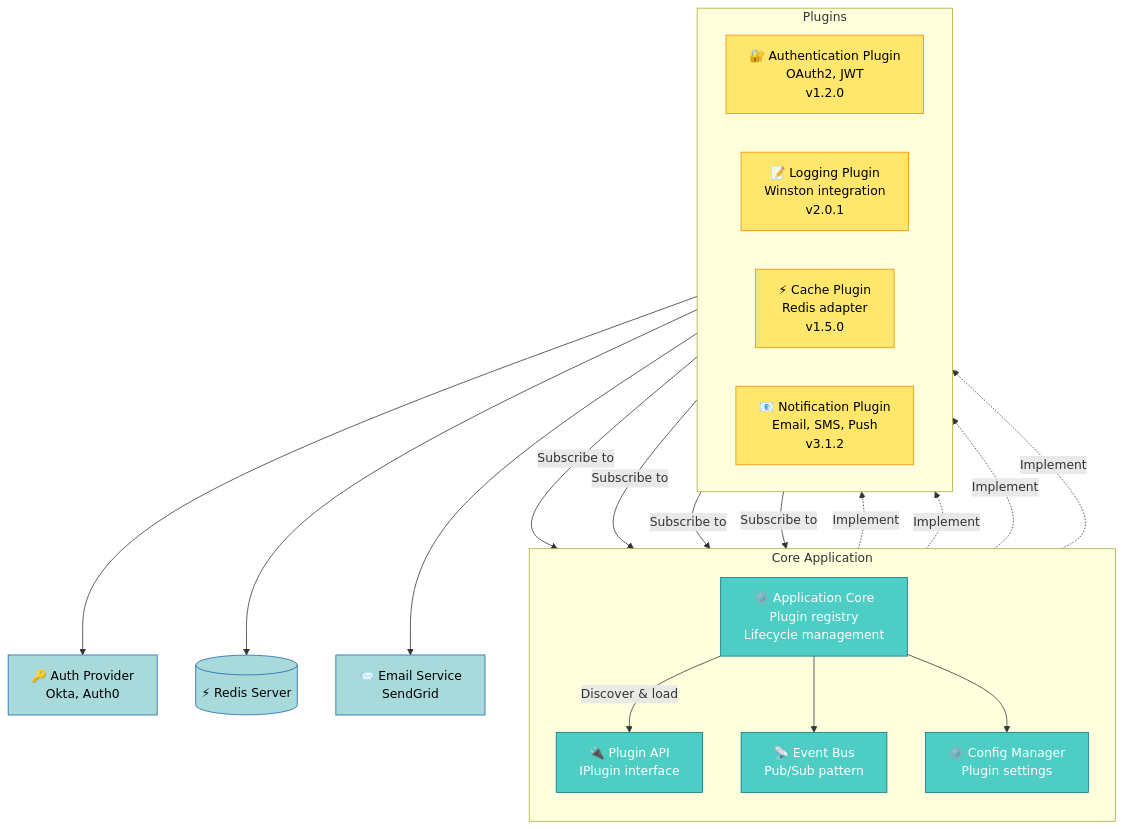
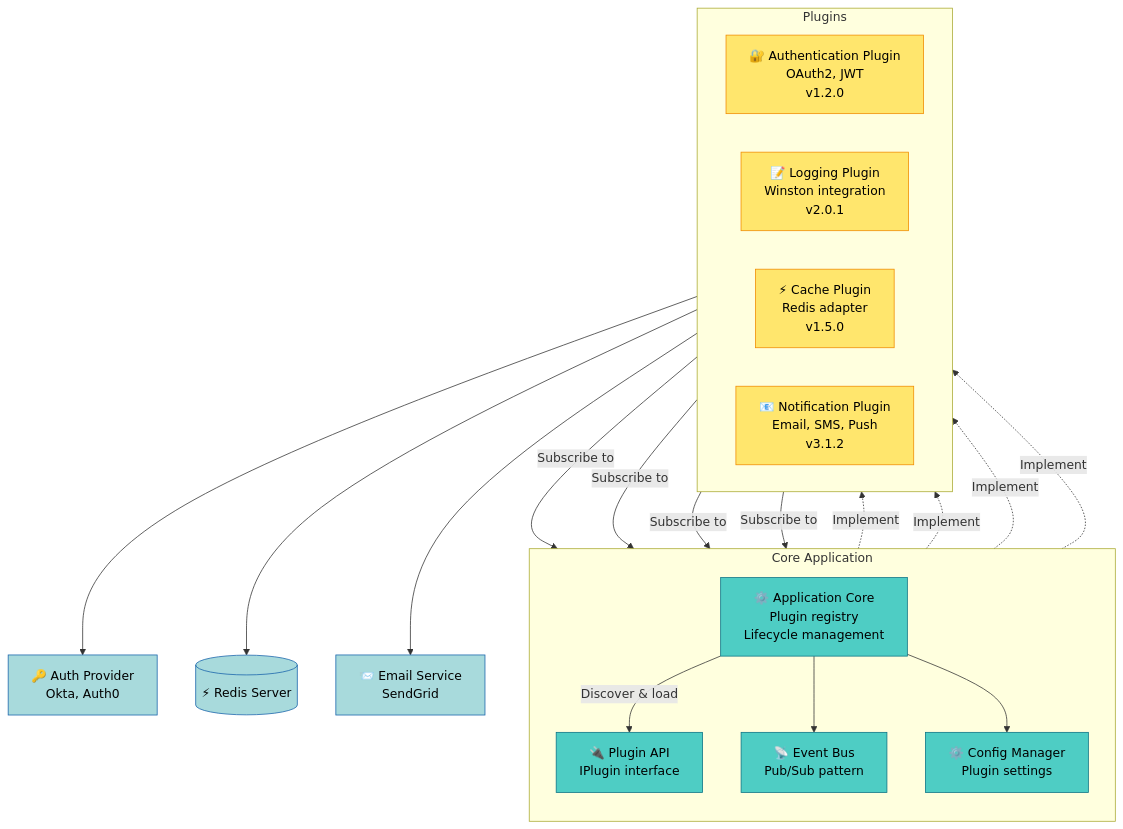
One commit to wienans/example-repo changed the fourth of 15 diagrams in .agents/skills/mermaid-architect/references/guides/diagrams/architecture-diagrams.md. Above: the diagram before and after it, drawn with Mermaid. The commit also changed other lines of this file and 58 other files, not shown here.

First line of the commit message:
feat(skills): merge mastery-of-mermaid into mermaid-architect

````diff
--- a/.agents/skills/mermaid-architect/references/guides/diagrams/architecture-diagrams.md
+++ b/.agents/skills/mermaid-architect/references/guides/diagrams/architecture-diagrams.md
@@ -304,48 +304,48 @@
 ```mermaid
 graph TB
     subgraph "Core Application"
         direction TB
         AppCore[⚙️ Application Core<br/>Plugin registry<br/>Lifecycle management]
         PluginAPI[🔌 Plugin API<br/>IPlugin interface]
         EventBus[📡 Event Bus<br/>Pub/Sub pattern]
         ConfigManager[⚙️ Config Manager<br/>Plugin settings]
     end
 
     subgraph "Plugins"
         direction LR
         AuthPlugin[🔐 Authentication Plugin<br/>OAuth2, JWT<br/>v1.2.0]
         LoggingPlugin[📝 Logging Plugin<br/>Winston integration<br/>v2.0.1]
         CachePlugin[⚡ Cache Plugin<br/>Redis adapter<br/>v1.5.0]
         NotifyPlugin[📧 Notification Plugin<br/>Email, SMS, Push<br/>v3.1.2]
     end
 
     ExternalAuth[🔑 Auth Provider<br/>Okta, Auth0]
     ExternalCache[(⚡ Redis Server)]
     ExternalEmail[📨 Email Service<br/>SendGrid]
 
     AppCore -->|Discover & load| PluginAPI
     PluginAPI -.->|Implement| AuthPlugin
     PluginAPI -.->|Implement| LoggingPlugin
     PluginAPI -.->|Implement| CachePlugin
     PluginAPI -.->|Implement| NotifyPlugin
 
     AppCore --> EventBus
     AppCore --> ConfigManager
 
     AuthPlugin -->|Subscribe to| EventBus
     LoggingPlugin -->|Subscribe to| EventBus
     CachePlugin -->|Subscribe to| EventBus
     NotifyPlugin -->|Subscribe to| EventBus
 
     AuthPlugin --> ExternalAuth
     CachePlugin --> ExternalCache
     NotifyPlugin --> ExternalEmail
 
-    classDef core fill:#4ECDC4,stroke:#0B7285,color:#fff
+    classDef core fill:#4ECDC4,stroke:#0B7285,color:#000
     classDef plugin fill:#FFE66D,stroke:#F08C00,color:#000
     classDef external fill:#A8DADC,stroke:#1864AB,color:#000
 
     class AppCore,PluginAPI,EventBus,ConfigManager core
     class AuthPlugin,LoggingPlugin,CachePlugin,NotifyPlugin plugin
     class ExternalAuth,ExternalCache,ExternalEmail external
 ```
````
